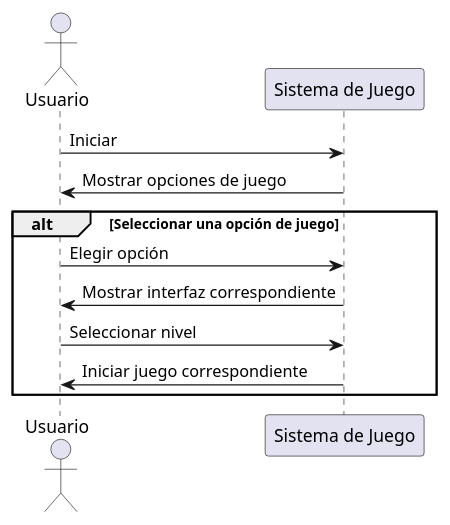
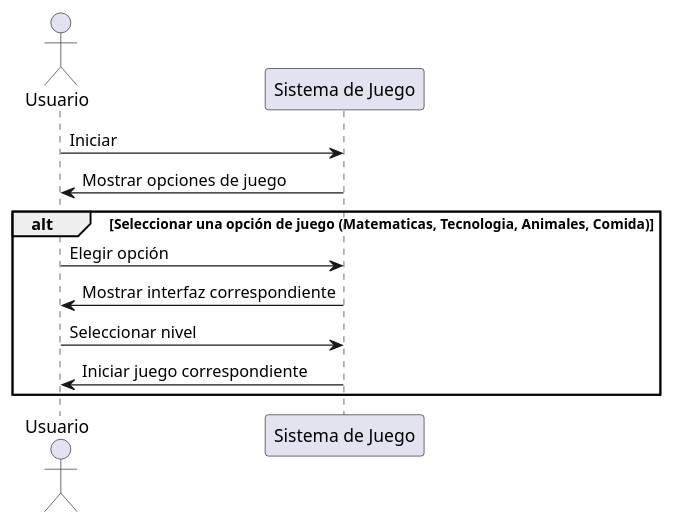
The diagram in tecnico/Junio/diagramasSecuencia/opcJuego.plantuml (Leguizamo2502/SERGIO-ADSO-2900177), drawn with PlantUML before and after one commit.

Commit message:
diagrama

```diff
--- a/tecnico/Junio/diagramasSecuencia/opcJuego.plantuml
+++ b/tecnico/Junio/diagramasSecuencia/opcJuego.plantuml
@@ -1,14 +1,14 @@
 @startuml opcJuego
 actor Usuario
 participant "Sistema de Juego" as GameSystem
 
 Usuario -> GameSystem: Iniciar
 GameSystem -> Usuario: Mostrar opciones de juego
 
-alt Seleccionar una opción de juego
+alt Seleccionar una opción de juego (Matematicas, Tecnologia, Animales, Comida)
     Usuario -> GameSystem: Elegir opción
     GameSystem -> Usuario: Mostrar interfaz correspondiente
     Usuario -> GameSystem: Seleccionar nivel
     GameSystem -> Usuario: Iniciar juego correspondiente
 end
 @enduml
```
